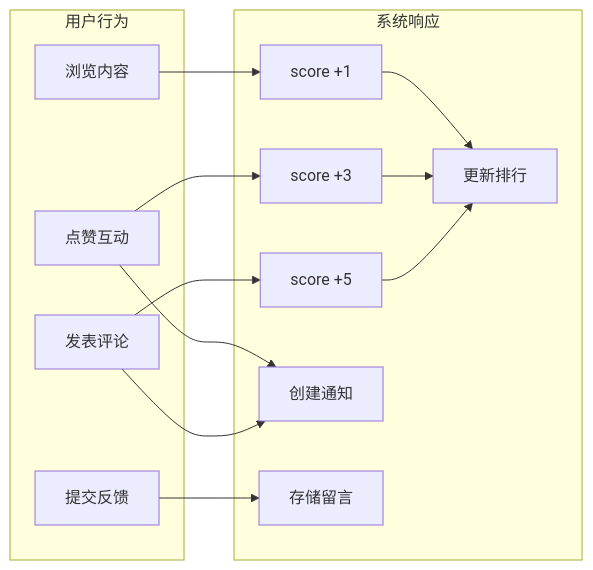
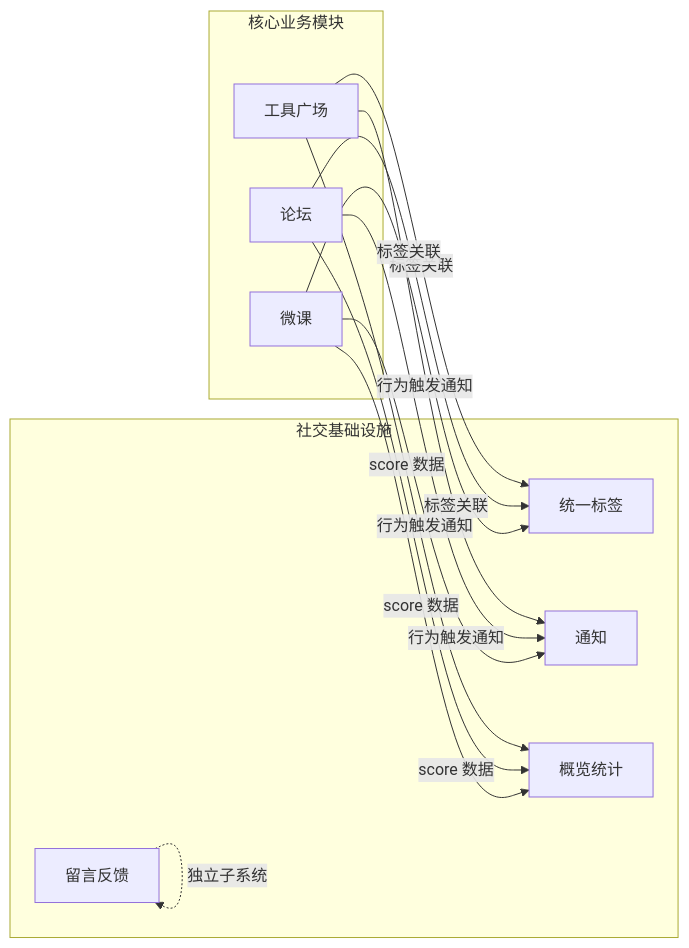
One commit to mambo-wang/CodingHub changed the second of 2 diagrams in repowiki/community-social.md. Above: the diagram before and after it, drawn with Mermaid. The commit also changed other lines of this file and 14 other files, not shown here.

````diff
--- a/repowiki/community-social.md
+++ b/repowiki/community-social.md
@@ -190,28 +230,29 @@
 ```mermaid
 graph LR
-    subgraph 用户行为
-        U1[浏览内容]
-        U2[点赞互动]
-        U3[发表评论]
-        U4[提交反馈]
+    subgraph Core[核心业务模块]
+        ToolPlaza[工具广场]
+        Forum[论坛]
+        Video[微课]
     end
 
-    subgraph 系统响应
-        S1[score +1]
-        S2[score +3]
-        S3[score +5]
-        S4[创建通知]
-        S5[存储留言]
-        S6[更新排行]
+    subgraph Social[社交基础设施]
+        Tag[统一标签]
+        Notify[通知]
+        Feedback[留言反馈]
+        Overview[概览统计]
     end
 
-    U1 --> S1
-    U2 --> S2
-    U2 --> S4
-    U3 --> S3
-    U3 --> S4
-    U4 --> S5
-    S1 --> S6
-    S2 --> S6
-    S3 --> S6
+    ToolPlaza -->|标签关联| Tag
+    Forum -->|标签关联| Tag
+    Video -->|标签关联| Tag
+
+    ToolPlaza -->|行为触发通知| Notify
+    Forum -->|行为触发通知| Notify
+    Video -->|行为触发通知| Notify
+
+    ToolPlaza -->|score 数据| Overview
+    Forum -->|score 数据| Overview
+    Video -->|score 数据| Overview
+
+    Feedback -.->|独立子系统| Feedback
 ```
````
